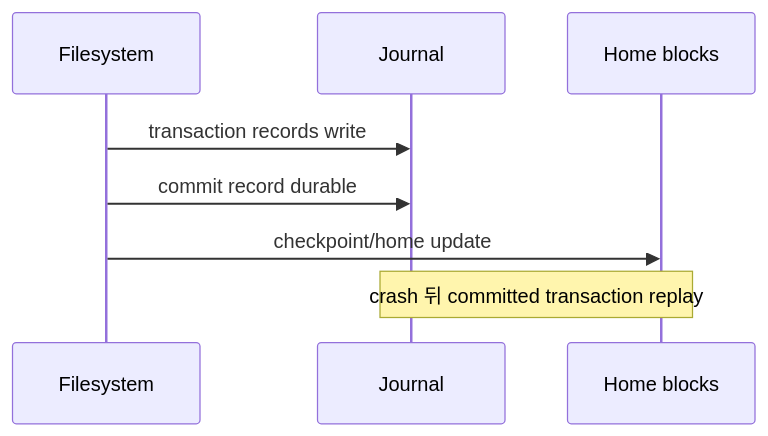
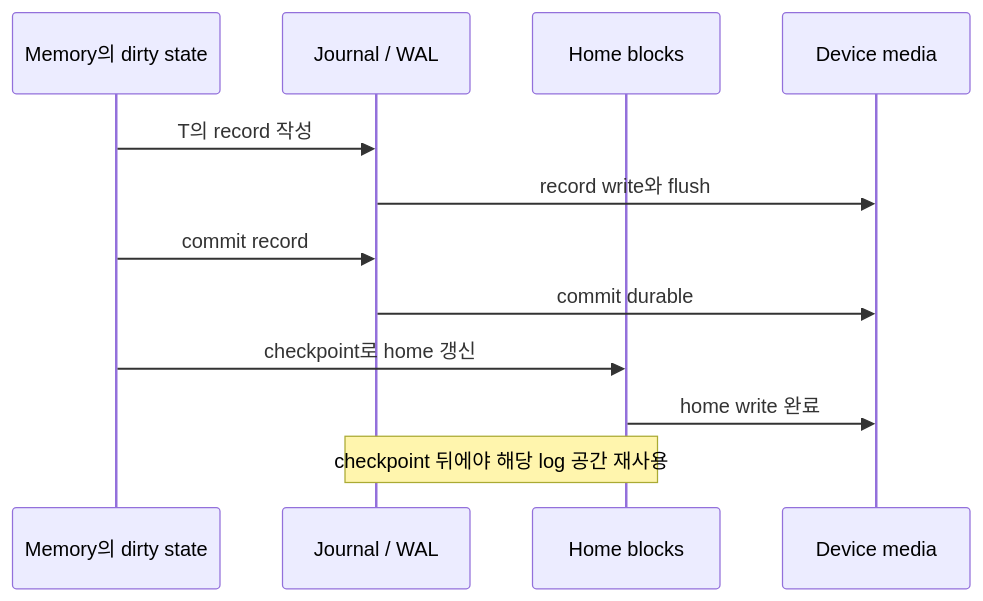
One commit to mj006648/netai-devsecops-runbook changed the diagram in learning/operating-systems/09-persistence-crash-recovery.md. Above: the diagram before and after it, drawn with Mermaid. The commit also changed other lines of this file and 165 other files, not shown here.

````diff
--- a/learning/operating-systems/09-persistence-crash-recovery.md
+++ b/learning/operating-systems/09-persistence-crash-recovery.md
@@ -29,10 +80,14 @@
 ```mermaid
 sequenceDiagram
-    participant F as Filesystem
-    participant J as Journal
+    participant M as Memory의 dirty state
+    participant J as Journal / WAL
     participant H as Home blocks
-    F->>J: transaction records write
-    F->>J: commit record durable
-    F->>H: checkpoint/home update
-    Note over J,H: crash 뒤 committed transaction replay
+    participant D as Device media
+    M->>J: T의 record 작성
+    J->>D: record write와 flush
+    M->>J: commit record
+    J->>D: commit durable
+    M->>H: checkpoint로 home 갱신
+    H->>D: home write 완료
+    Note over J,H: checkpoint 뒤에야 해당 log 공간 재사용
 ```
````
